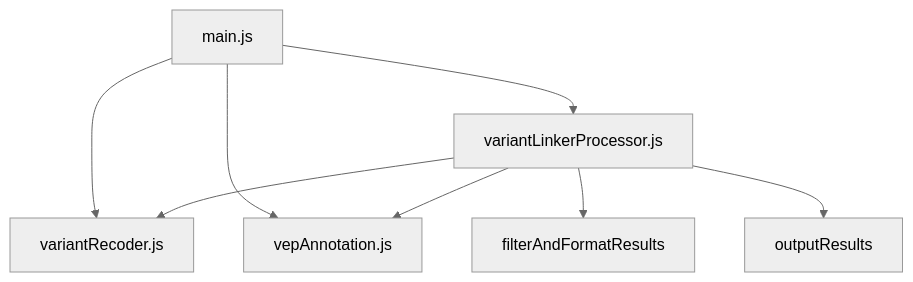
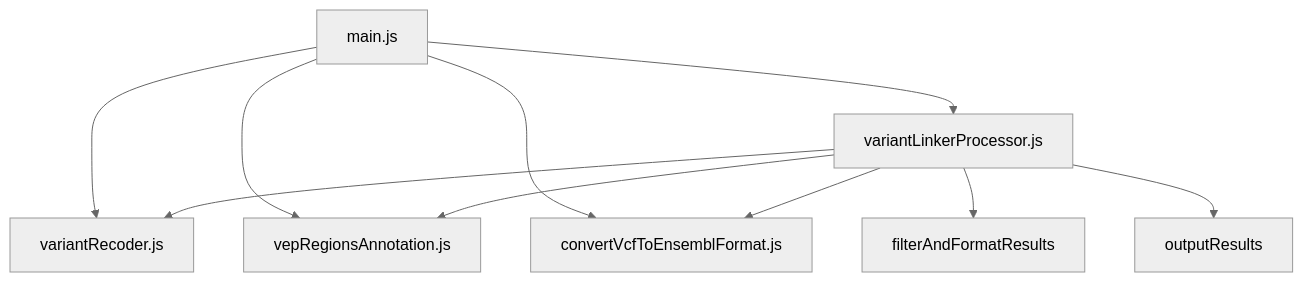
Before and after one commit to berntpopp/variant-linker: the diagram in src/REAMDE.md, drawn with Mermaid (neutral theme). The commit also changed other lines of this file and 5 other files, not shown here.

````diff
--- a/src/REAMDE.md
+++ b/src/REAMDE.md
@@ -63,10 +76,12 @@
 ```mermaid
 graph TD;
     A[main.js] --> B[variantRecoder.js];
-    A --> C[vepAnnotation.js];
-    A --> D[variantLinkerProcessor.js];
-    D --> B;
-    D --> C;
-    D --> E[filterAndFormatResults];
-    D --> F[outputResults];
+    A --> C[vepRegionsAnnotation.js];
+    A --> D[convertVcfToEnsemblFormat.js];
+    A --> E[variantLinkerProcessor.js];
+    E --> B;
+    E --> C;
+    E --> D;
+    E --> F[filterAndFormatResults];
+    E --> G[outputResults];
 ```
````
